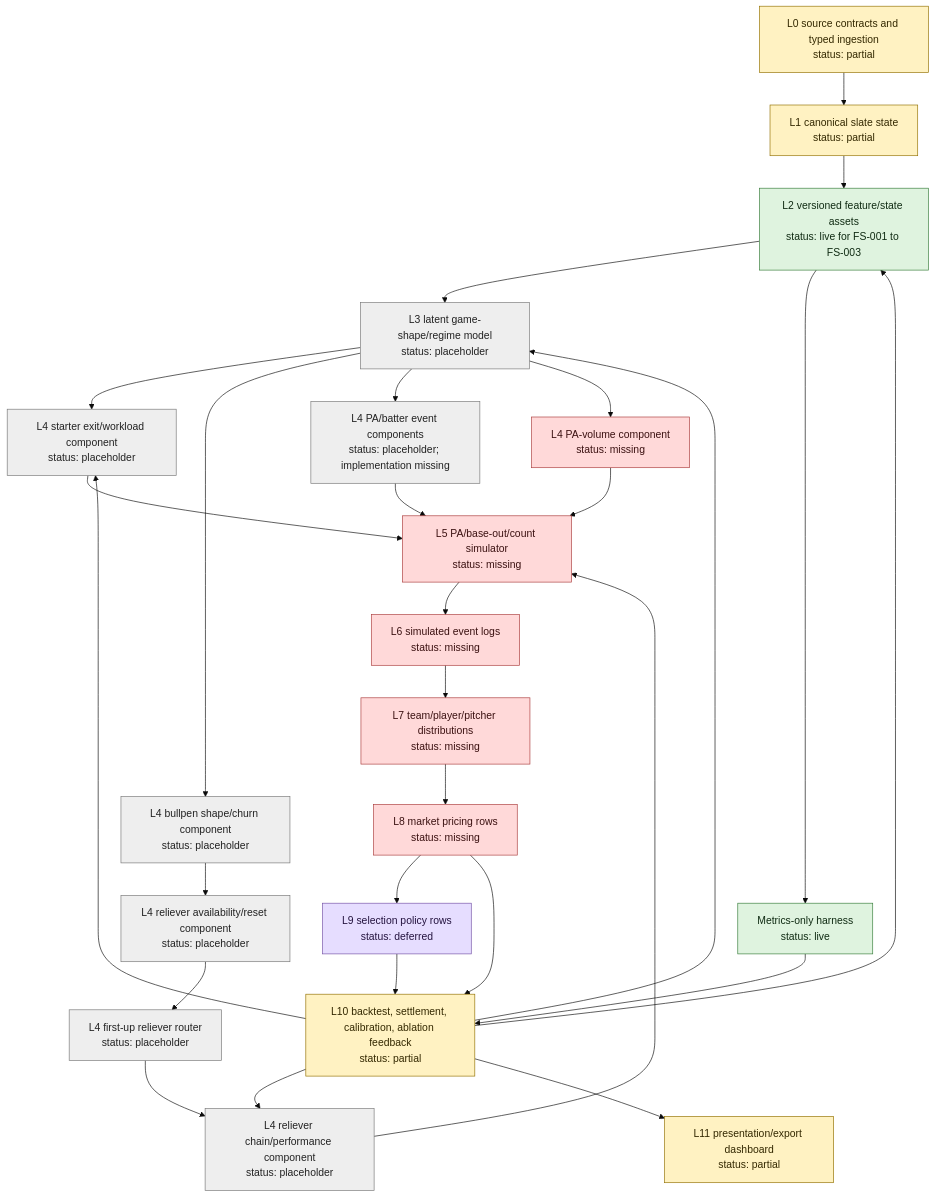
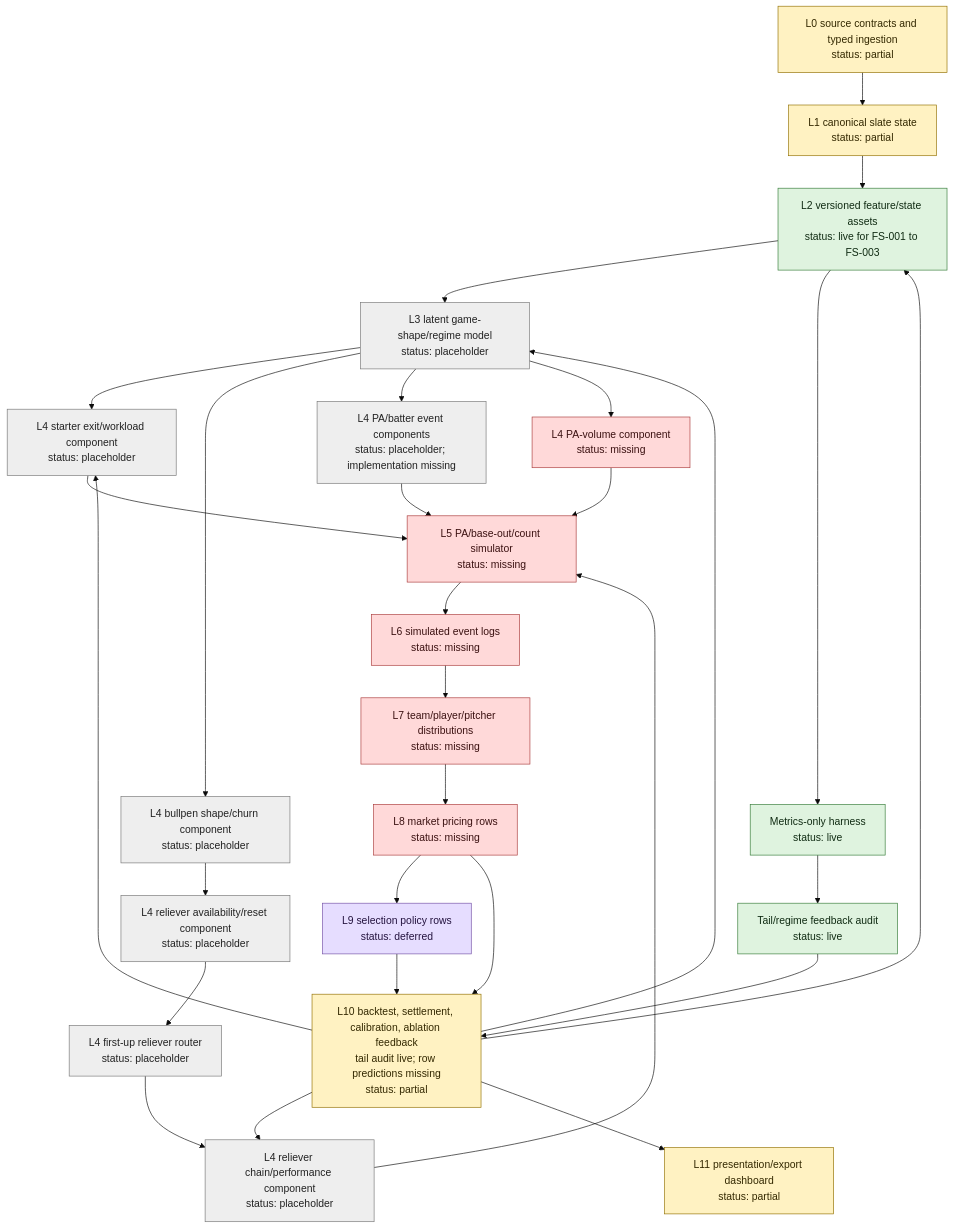
One commit to jiancchen/SlateAi changed the second of 4 diagrams in run-plans/mlb/2026-06-03-mlb-m3-alpha-state-progress.md. Above: the diagram before and after it, drawn with Mermaid (base theme). The commit also changed other lines of this file and 13 other files, not shown here.

First line of the commit message:
Add FS-004 tail regime audit

````diff
--- a/run-plans/mlb/2026-06-03-mlb-m3-alpha-state-progress.md
+++ b/run-plans/mlb/2026-06-03-mlb-m3-alpha-state-progress.md
@@ -89,44 +91,45 @@
 ```mermaid
 flowchart TD
   L0["L0 source contracts and typed ingestion<br/>status: partial"] --> L1["L1 canonical slate state<br/>status: partial"]
   L1 --> L2["L2 versioned feature/state assets<br/>status: live for FS-001 to FS-003"]
   L2 --> L3["L3 latent game-shape/regime model<br/>status: placeholder"]
   L3 --> L4A["L4 starter exit/workload component<br/>status: placeholder"]
   L3 --> L4B["L4 bullpen shape/churn component<br/>status: placeholder"]
   L4B --> L4C["L4 reliever availability/reset component<br/>status: placeholder"]
   L4C --> L4D["L4 first-up reliever router<br/>status: placeholder"]
   L4D --> L4E["L4 reliever chain/performance component<br/>status: placeholder"]
   L3 --> L4F["L4 PA/batter event components<br/>status: placeholder; implementation missing"]
   L3 --> L4G["L4 PA-volume component<br/>status: missing"]
 
   L4A --> L5["L5 PA/base-out/count simulator<br/>status: missing"]
   L4E --> L5
   L4F --> L5
   L4G --> L5
   L5 --> L6["L6 simulated event logs<br/>status: missing"]
   L6 --> L7["L7 team/player/pitcher distributions<br/>status: missing"]
   L7 --> L8["L8 market pricing rows<br/>status: missing"]
   L8 --> L9["L9 selection policy rows<br/>status: deferred"]
-  L8 --> L10["L10 backtest, settlement, calibration, ablation feedback<br/>status: partial"]
+  L8 --> L10["L10 backtest, settlement, calibration, ablation feedback<br/>tail audit live; row predictions missing<br/>status: partial"]
   L9 --> L10
   L10 --> L2
   L10 --> L3
   L10 --> L4A
   L10 --> L4E
   L10 --> L11["L11 presentation/export dashboard<br/>status: partial"]
 
   L2 --> H["Metrics-only harness<br/>status: live"]
-  H --> L10
+  H --> TC["Tail/regime feedback audit<br/>status: live"]
+  TC --> L10
 
   classDef live fill:#dff3df,stroke:#367c39,color:#102b13;
   classDef partial fill:#fff2c2,stroke:#927000,color:#332800;
   classDef placeholder fill:#eeeeee,stroke:#777777,color:#222222;
   classDef missing fill:#ffd9d9,stroke:#aa3b3b,color:#3b1111;
   classDef deferred fill:#e6ddff,stroke:#7451a6,color:#24133f;
 
-  class L2,H live;
+  class L2,H,TC live;
   class L0,L1,L10,L11 partial;
   class L3,L4A,L4B,L4C,L4D,L4E,L4F placeholder;
   class L4G,L5,L6,L7,L8 missing;
   class L9 deferred;
 ```
````
